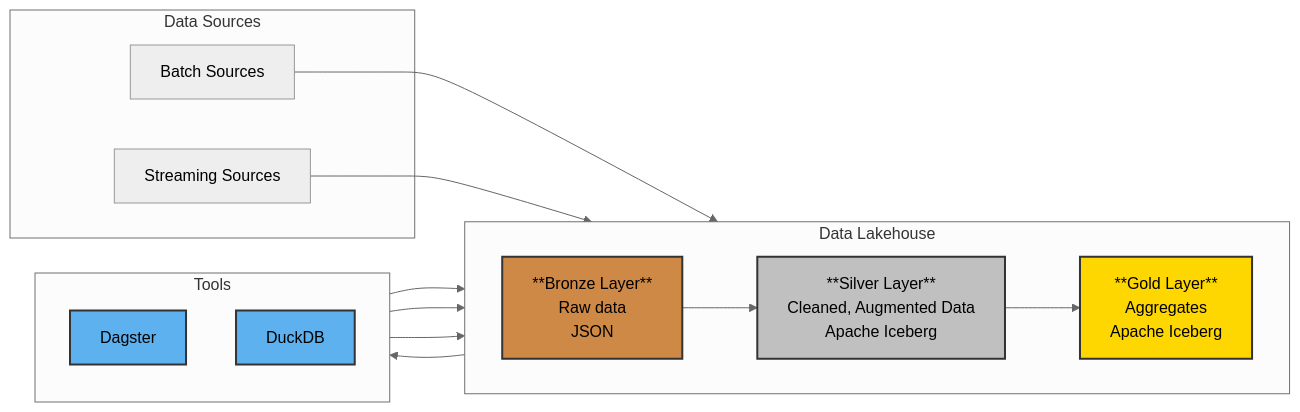
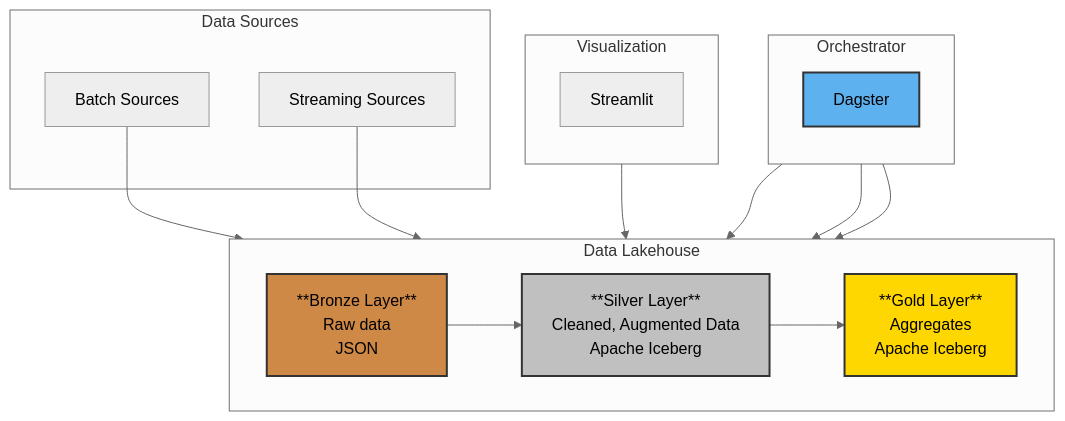
The diagram in README.md (banickn/dagster-iceberg), drawn with Mermaid (neutral theme) before and after one commit. The commit also changed other lines of this file and 4 other files, not shown here.

Commit message:
Add gold layer and data viz report

````diff
--- a/README.md
+++ b/README.md
@@ -4,35 +4,37 @@
 ```mermaid
-graph LR
+graph TD
     subgraph Data Sources
-        A[Batch Sources]
-        B[Streaming Sources]
+        Batch[Batch Sources]
+        Stream[Streaming Sources]
+    end
+    subgraph Orchestrator
+        direction TB
+        Dagster[Dagster]
+    end
+    subgraph Visualization
+        direction TB
+        Streamlit[Streamlit]
+    end
+    subgraph Data Lakehouse
+        direction LR
+        Bronze[**Bronze Layer**<br>Raw data <br> JSON]
+        Silver[**Silver Layer**<br>Cleaned, Augmented Data<br>Apache Iceberg]
+        Gold[**Gold Layer**<br>Aggregates<br>Apache Iceberg]
     end
     
-    subgraph Data Lakehouse
-        direction LR
-        C[**Bronze Layer**<br>Raw data <br> JSON]
-        D[**Silver Layer**<br>Cleaned, Augmented Data<br>Apache Iceberg]
-        E[**Gold Layer**<br>Aggregates<br>Apache Iceberg]
-    end
-    
-    subgraph Tools
-        direction TB
-        F[Dagster]
-        G[DuckDB]
-    end
 
-    A --> C
-    B --> C
-    C --> D
-    D --> E
-    E --> G
-    F --> C
-    F --> D
-    F --> E
-    
-    style C fill:#CE8946,stroke:#333,stroke-width:2px
-    style D fill:#C0C0C0,stroke:#333,stroke-width:2px
-    style E fill:#FFD700,stroke:#333,stroke-width:2px
-    style F fill:#5eb1ef,stroke:#333,stroke-width:2px
-    style G fill:#5eb1ef,stroke:#333,stroke-width:2px
+
+    Batch --> Bronze
+    Stream --> Bronze
+    Bronze --> Silver
+    Silver --> Gold
+    Streamlit --> Gold
+    Dagster --> Bronze
+    Dagster --> Silver
+    Dagster --> Gold
+    style Bronze fill:#CE8946,stroke:#333,stroke-width:2px
+    style Silver fill:#C0C0C0,stroke:#333,stroke-width:2px
+    style Gold fill:#FFD700,stroke:#333,stroke-width:2px
+    style Dagster fill:#5eb1ef,stroke:#333,stroke-width:2px
+
 ```
````
